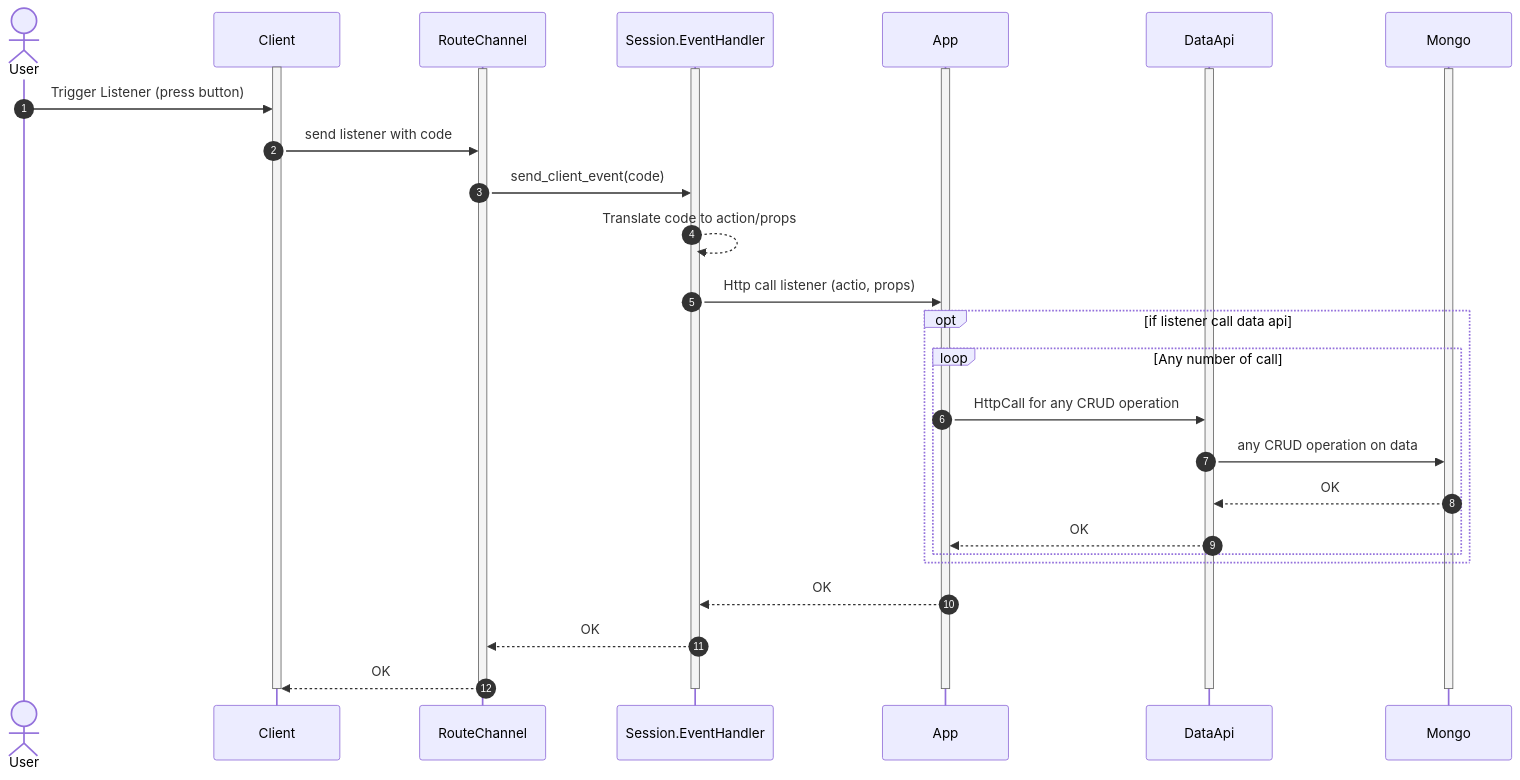
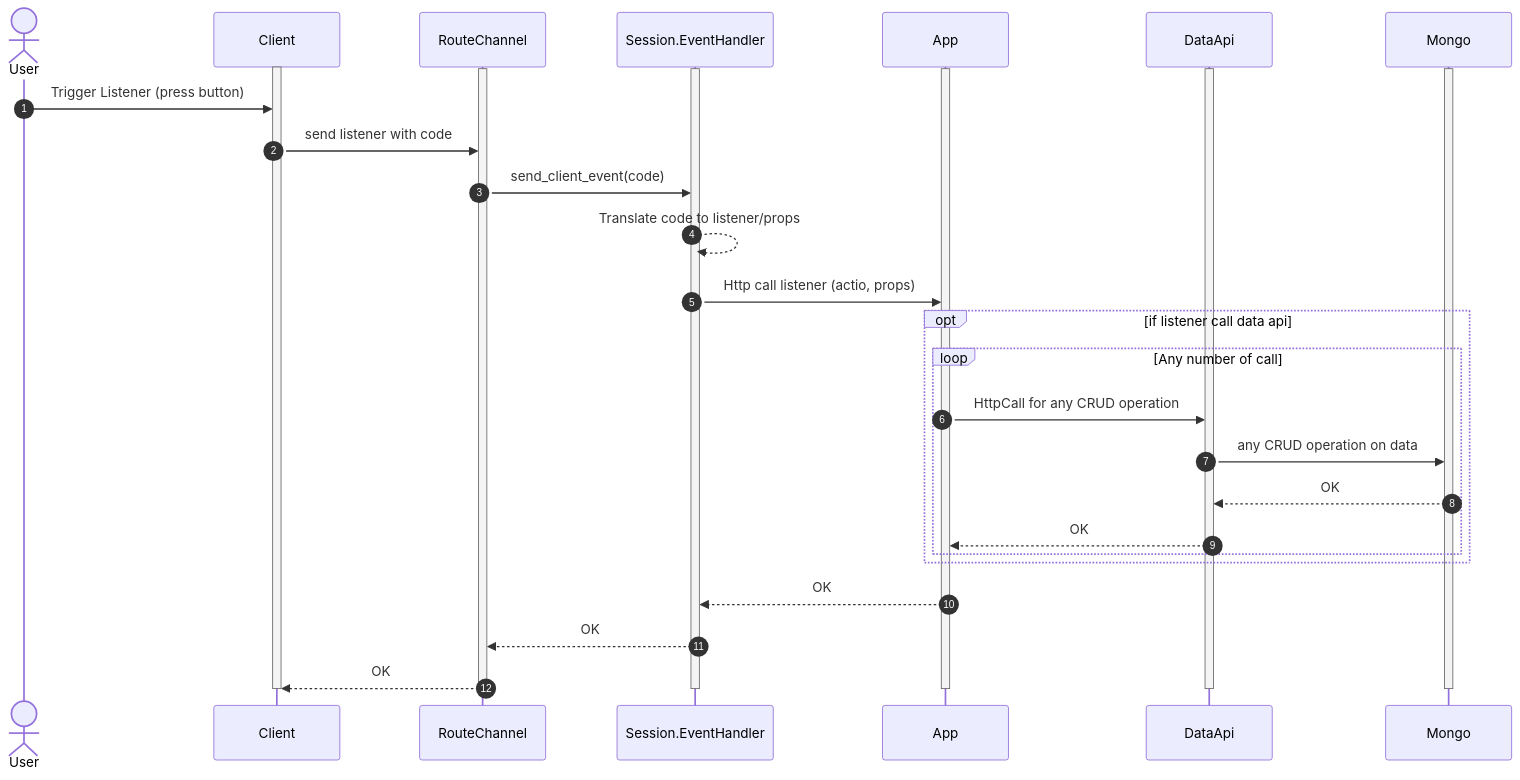
One commit to lenra-io/server changed the third of 4 diagrams in libs/application_runner/docs/AppRunnerExplained.md. Above: the diagram before and after it, drawn with Mermaid. The commit also changed 43 other files, not shown here.

````diff
--- a/libs/application_runner/docs/AppRunnerExplained.md
+++ b/libs/application_runner/docs/AppRunnerExplained.md
@@ -141,41 +141,41 @@
 ```mermaid
 sequenceDiagram
     autonumber
     actor User
     participant Client
     participant RouteChannel
     participant Session.EventHandler
     participant App
     participant DataApi
     participant Mongo
     activate Client
     activate RouteChannel
     activate Session.EventHandler
     activate App
     activate DataApi
     activate Mongo
 
     User->>Client: Trigger Listener (press button)
     Client->>RouteChannel: send listener with code
     RouteChannel->>Session.EventHandler: send_client_event(code)
-    Session.EventHandler-->>Session.EventHandler: Translate code to action/props
+    Session.EventHandler-->>Session.EventHandler: Translate code to listener/props
     Session.EventHandler->>App: Http call listener (actio, props)
     opt if listener call data api
         loop Any number of call
             App->>DataApi: HttpCall for any CRUD operation
             DataApi->>Mongo: any CRUD operation on data
             Mongo-->>DataApi: OK
             DataApi-->>App: OK
         end
     end
     App-->>Session.EventHandler: OK
     Session.EventHandler-->>RouteChannel: OK
     RouteChannel-->>Client: OK
 
     deactivate Client
     deactivate RouteChannel
     deactivate Session.EventHandler
     deactivate App
     deactivate DataApi
     deactivate Mongo
 ```
````
